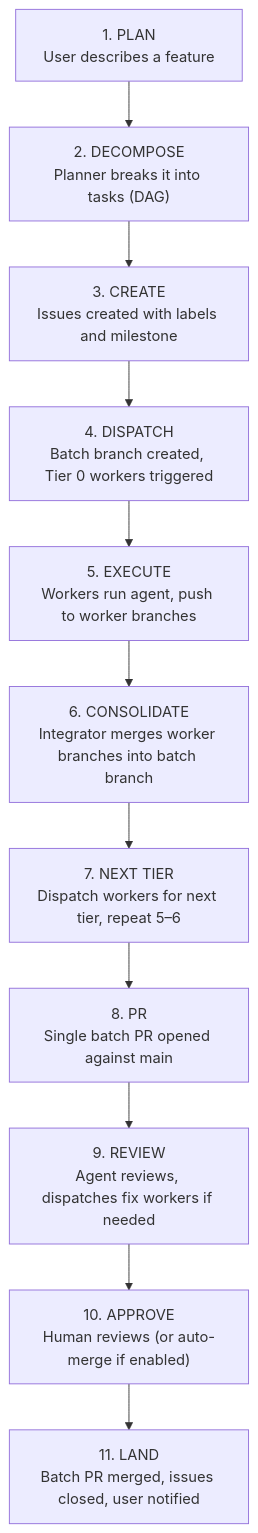
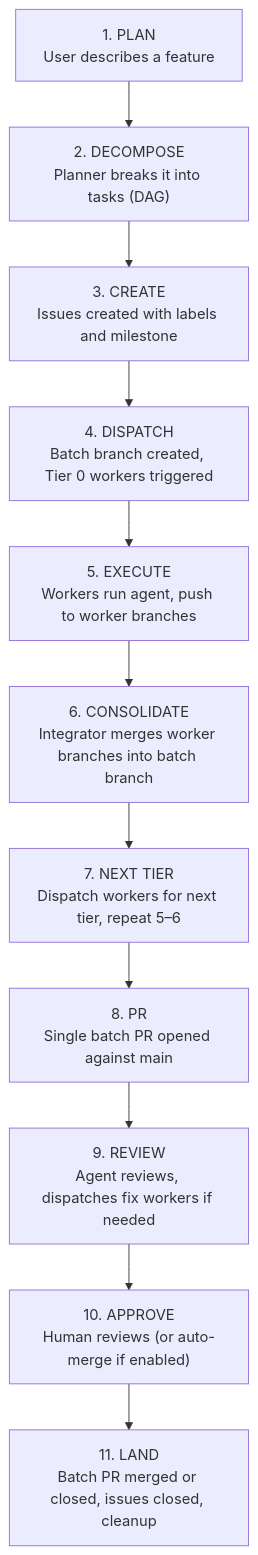
One commit to Herd-OS/herd changed the first of 10 diagrams in docs/design/execution.md. Above: the diagram before and after it, drawn with Mermaid. The commit also changed other lines of this file and 4 other files, not shown here.

````diff
--- a/docs/design/execution.md
+++ b/docs/design/execution.md
@@ -13,13 +13,13 @@
 ```mermaid
 graph TD
     S1["1. PLAN<br>User describes a feature"] --> S2["2. DECOMPOSE<br>Planner breaks it into tasks (DAG)"]
     S2 --> S3["3. CREATE<br>Issues created with labels and milestone"]
     S3 --> S4["4. DISPATCH<br>Batch branch created, Tier 0 workers triggered"]
     S4 --> S5["5. EXECUTE<br>Workers run agent, push to worker branches"]
     S5 --> S6["6. CONSOLIDATE<br>Integrator merges worker branches into batch branch"]
     S6 --> S7["7. NEXT TIER<br>Dispatch workers for next tier, repeat 5–6"]
     S7 --> S8["8. PR<br>Single batch PR opened against main"]
     S8 --> S9["9. REVIEW<br>Agent reviews, dispatches fix workers if needed"]
     S9 --> S10["10. APPROVE<br>Human reviews (or auto-merge if enabled)"]
-    S10 --> S11["11. LAND<br>Batch PR merged, issues closed, user notified"]
+    S10 --> S11["11. LAND<br>Batch PR merged or closed, issues closed, cleanup"]
 ```
````
